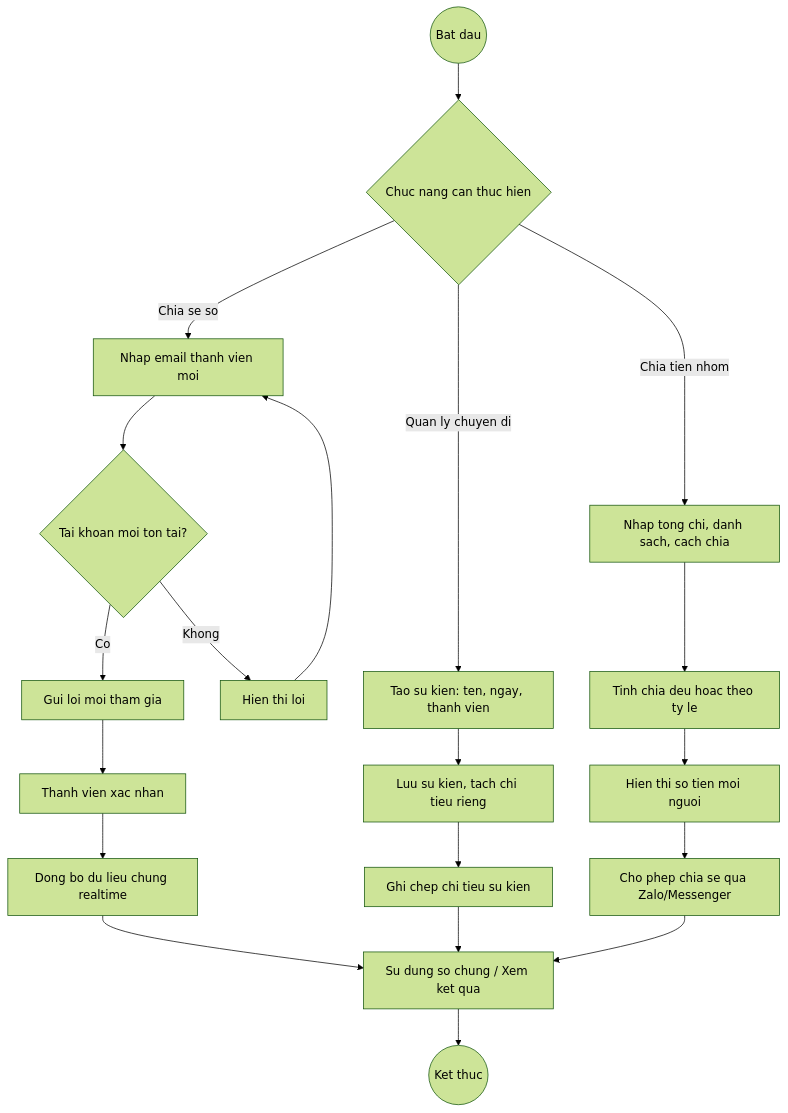
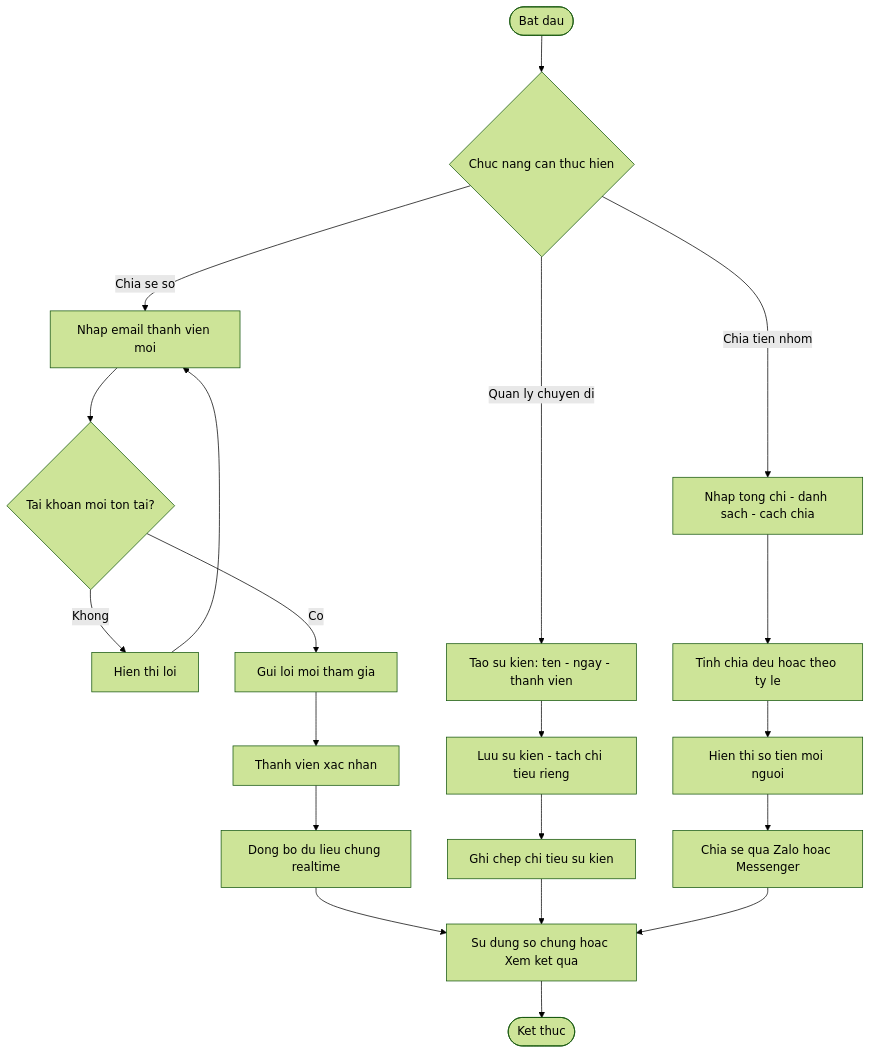
The tenth of 10 diagrams in Nghiên cứu MISA MoneyKeeper.md (Hieu-vn/Graduation-Thesis), drawn with Mermaid (forest theme) before and after one commit. The commit also changed other lines of this file, not shown here.

First line of the commit message:
fix: Fix mermaid diagrams QT07-QT10 for GitHub rendering

````diff
--- a/Nghiên cứu MISA MoneyKeeper.md
+++ b/Nghiên cứu MISA MoneyKeeper.md
@@ -302,21 +328,21 @@
 ```mermaid
 flowchart TD
-    A((Bat dau)) --> B{Chuc nang can thuc hien}
+    A([Bat dau]) --> B{Chuc nang can thuc hien}
     B -->|Chia se so| C[Nhap email thanh vien moi]
-    B -->|Quan ly chuyen di| D[Tao su kien: ten, ngay, thanh vien]
-    B -->|Chia tien nhom| E[Nhap tong chi, danh sach, cach chia]
     C --> F{Tai khoan moi ton tai?}
     F -->|Khong| F2[Hien thi loi] --> C
     F -->|Co| G[Gui loi moi tham gia]
     G --> G2[Thanh vien xac nhan]
     G2 --> H[Dong bo du lieu chung realtime]
-    H --> L[Su dung so chung / Xem ket qua]
-    D --> I[Luu su kien, tach chi tieu rieng]
+    H --> L[Su dung so chung hoac Xem ket qua]
+    B -->|Quan ly chuyen di| D[Tao su kien: ten - ngay - thanh vien]
+    D --> I[Luu su kien - tach chi tieu rieng]
     I --> I2[Ghi chep chi tieu su kien]
     I2 --> L
+    B -->|Chia tien nhom| E[Nhap tong chi - danh sach - cach chia]
     E --> J[Tinh chia deu hoac theo ty le]
     J --> K[Hien thi so tien moi nguoi]
-    K --> K2[Cho phep chia se qua Zalo/Messenger]
+    K --> K2[Chia se qua Zalo hoac Messenger]
     K2 --> L
-    L --> M((Ket thuc))
+    L --> M([Ket thuc])
 ```
````
